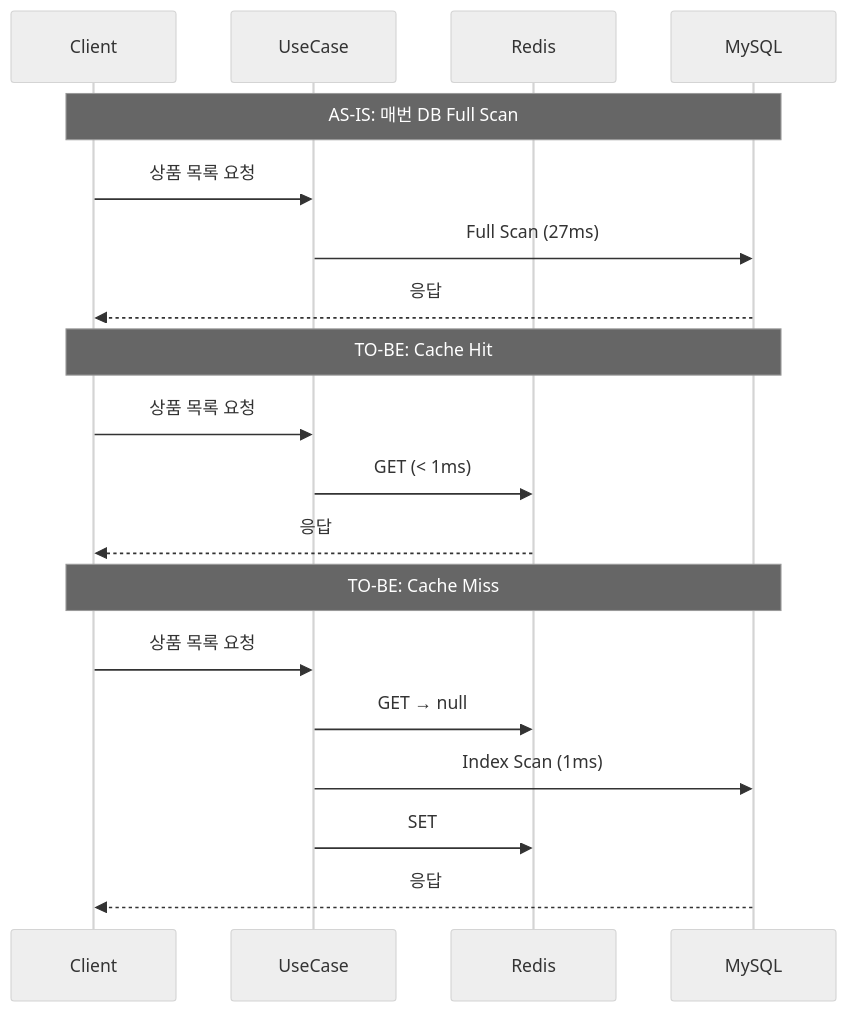
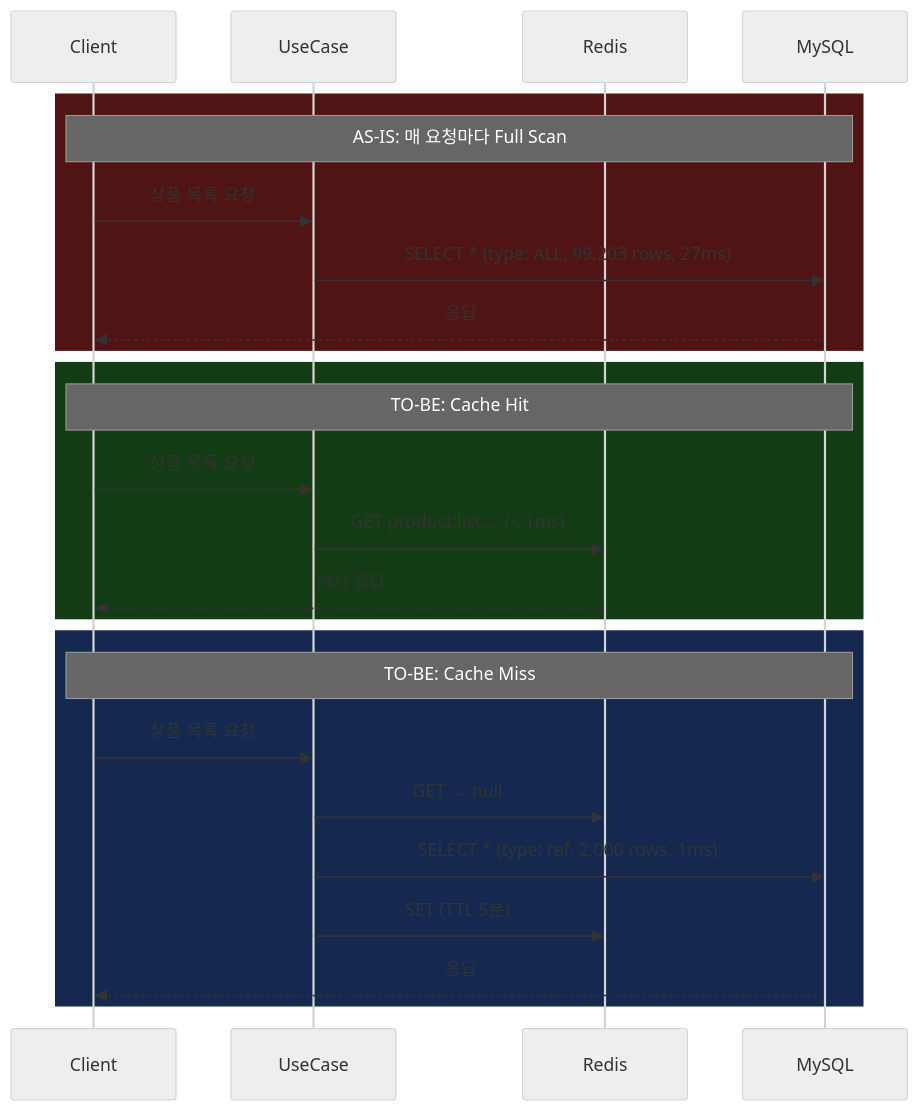
One commit to hyungkishin/hyungkishin.github.io changed the ninth of 10 diagrams in contents/posts/roopers/technical-writing/round5/index.md. Above: the diagram before and after it, drawn with Mermaid (neutral theme). The commit also changed other lines of this file, not shown here.

````diff
--- a/contents/posts/roopers/technical-writing/round5/index.md
+++ b/contents/posts/roopers/technical-writing/round5/index.md
@@ -256,24 +545,30 @@
 ```mermaid
 sequenceDiagram
-    participant Client
-    participant UseCase
-    participant Redis
-    participant MySQL
+    participant C as Client
+    participant U as UseCase
+    participant R as Redis
+    participant M as MySQL
 
-    Note over Client,MySQL: AS-IS: 매번 DB Full Scan
-    Client->>UseCase: 상품 목록 요청
-    UseCase->>MySQL: Full Scan (27ms)
-    MySQL-->>Client: 응답
+    rect rgb(80, 20, 20)
+        Note over C,M: AS-IS: 매 요청마다 Full Scan
+        C->>U: 상품 목록 요청
+        U->>M: SELECT * (type: ALL, 99,203 rows, 27ms)
+        M-->>C: 응답
+    end
 
-    Note over Client,MySQL: TO-BE: Cache Hit
-    Client->>UseCase: 상품 목록 요청
-    UseCase->>Redis: GET (< 1ms)
-    Redis-->>Client: 응답
+    rect rgb(20, 60, 20)
+        Note over C,M: TO-BE: Cache Hit
+        C->>U: 상품 목록 요청
+        U->>R: GET product:list:... (< 1ms)
+        R-->>C: 캐시 응답
+    end
 
-    Note over Client,MySQL: TO-BE: Cache Miss
-    Client->>UseCase: 상품 목록 요청
-    UseCase->>Redis: GET → null
-    UseCase->>MySQL: Index Scan (1ms)
-    UseCase->>Redis: SET
-    MySQL-->>Client: 응답
+    rect rgb(20, 40, 80)
+        Note over C,M: TO-BE: Cache Miss
+        C->>U: 상품 목록 요청
+        U->>R: GET → null
+        U->>M: SELECT * (type: ref, 2,000 rows, 1ms)
+        U->>R: SET (TTL 5분)
+        M-->>C: 응답
+    end
 ```
````
